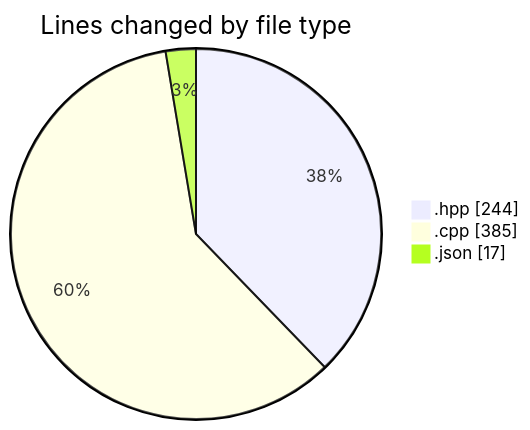
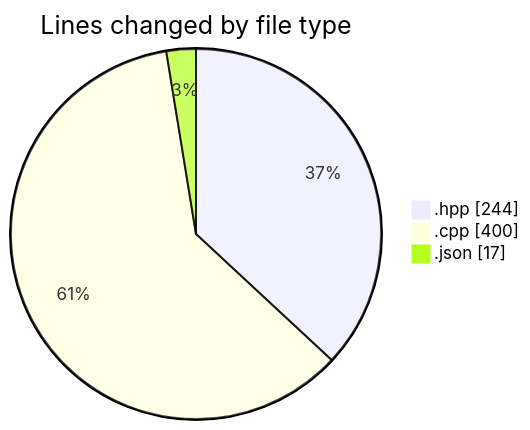
Before and after one commit to Netris89/code-tracking: the first of 2 diagrams in 2025-05-03/date/README.md, drawn with Mermaid. The commit also changed other lines of this file and 1 other file, not shown here.

````diff
--- a/2025-05-03/date/README.md
+++ b/2025-05-03/date/README.md
@@ -29,7 +29,7 @@
 ```mermaid
 pie showData
 title Lines changed by file type
 ".hpp" : 244
-".cpp" : 385
+".cpp" : 400
 ".json" : 17
 ```
````
